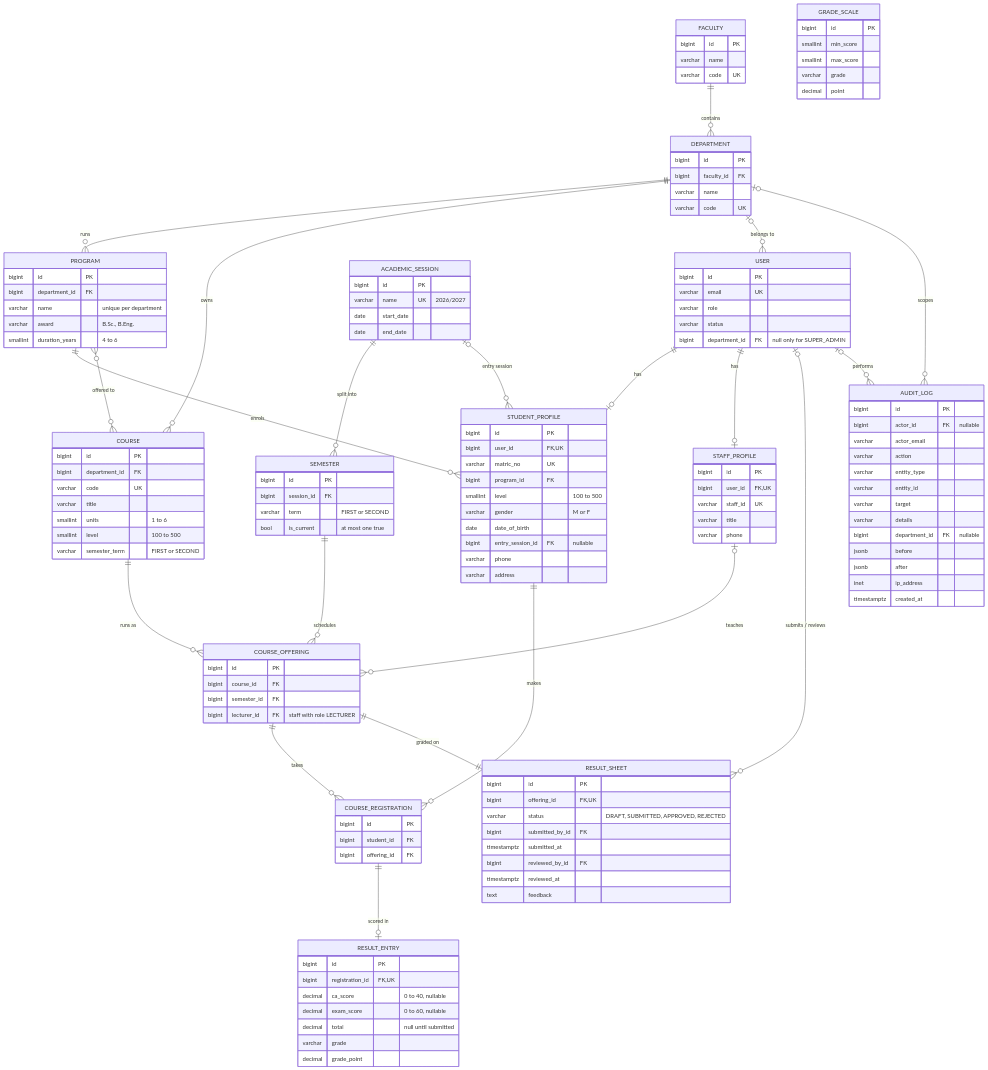
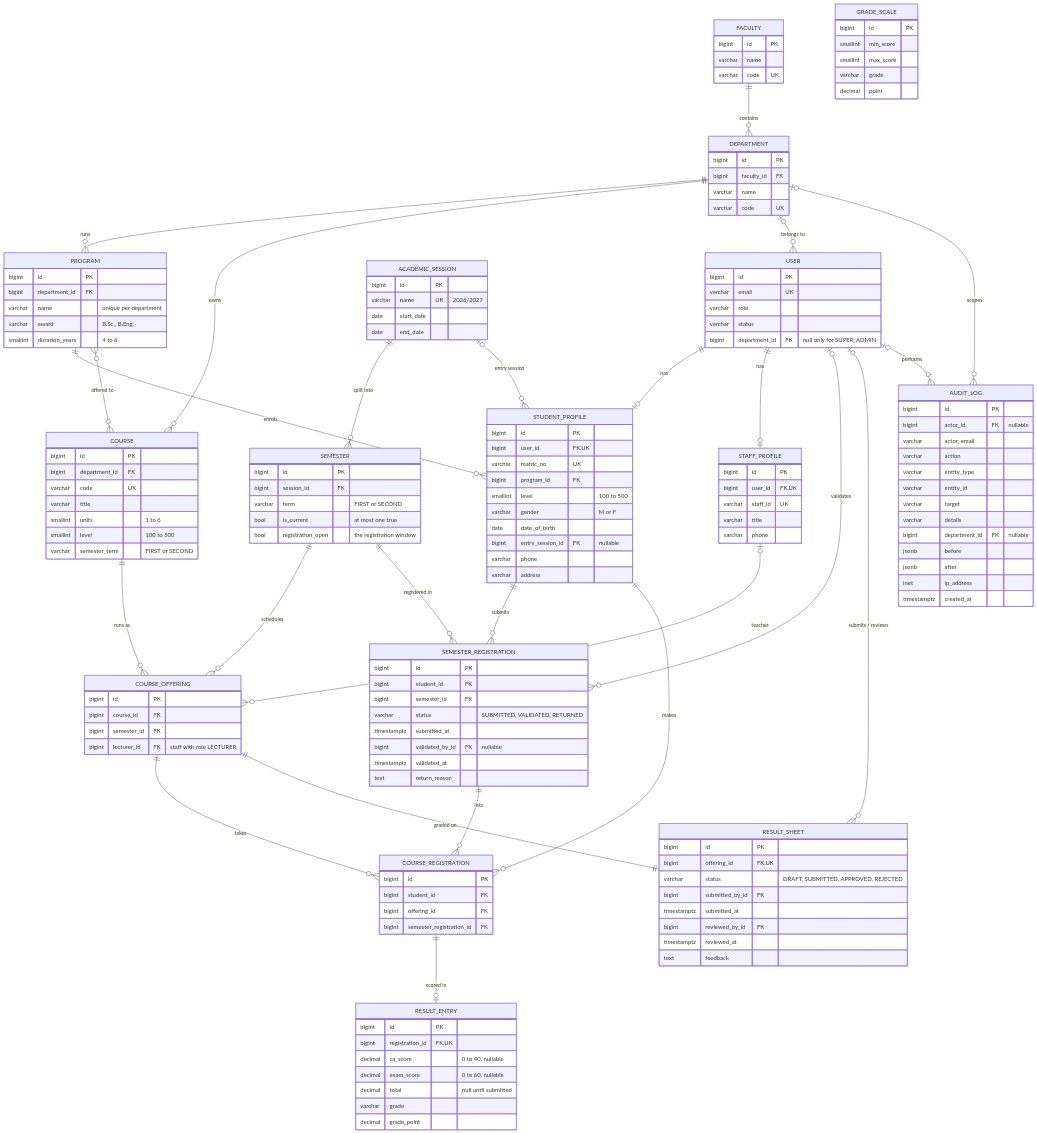
One commit to AbrahamAlgorithm/uemp changed the diagram in docs/database.md. Above: the diagram before and after it, drawn with Mermaid. The commit also changed other lines of this file and 5 other files, not shown here.

Commit message:
docs: rewrite architecture, permissions and security notes, add smoke test

```diff
--- a/docs/database.md
+++ b/docs/database.md
@@ -19,6 +19,10 @@
     COURSE ||--o{ COURSE_OFFERING : "runs as"
     SEMESTER ||--o{ COURSE_OFFERING : schedules
     STAFF_PROFILE |o--o{ COURSE_OFFERING : teaches
+    STUDENT_PROFILE ||--o{ SEMESTER_REGISTRATION : submits
+    SEMESTER ||--o{ SEMESTER_REGISTRATION : "registered in"
+    USER |o--o{ SEMESTER_REGISTRATION : validates
+    SEMESTER_REGISTRATION ||--o{ COURSE_REGISTRATION : lists
     STUDENT_PROFILE ||--o{ COURSE_REGISTRATION : makes
     COURSE_OFFERING ||--o{ COURSE_REGISTRATION : takes
     COURSE_OFFERING ||--|| RESULT_SHEET : "graded on"
@@ -56,6 +60,7 @@
         bigint session_id FK
         varchar term "FIRST or SECOND"
         bool is_current "at most one true"
+        bool registration_open "the registration window"
     }
     USER {
         bigint id PK
@@ -98,10 +103,21 @@
         bigint semester_id FK
         bigint lecturer_id FK "staff with role LECTURER"
     }
+    SEMESTER_REGISTRATION {
+        bigint id PK
+        bigint student_id FK
+        bigint semester_id FK
+        varchar status "SUBMITTED, VALIDATED, RETURNED"
+        timestamptz submitted_at
+        bigint validated_by_id FK "nullable"
+        timestamptz validated_at
+        text return_reason
+    }
     COURSE_REGISTRATION {
         bigint id PK
         bigint student_id FK
         bigint offering_id FK
+        bigint semester_registration_id FK
     }
     GRADE_SCALE {
         bigint id PK
```
